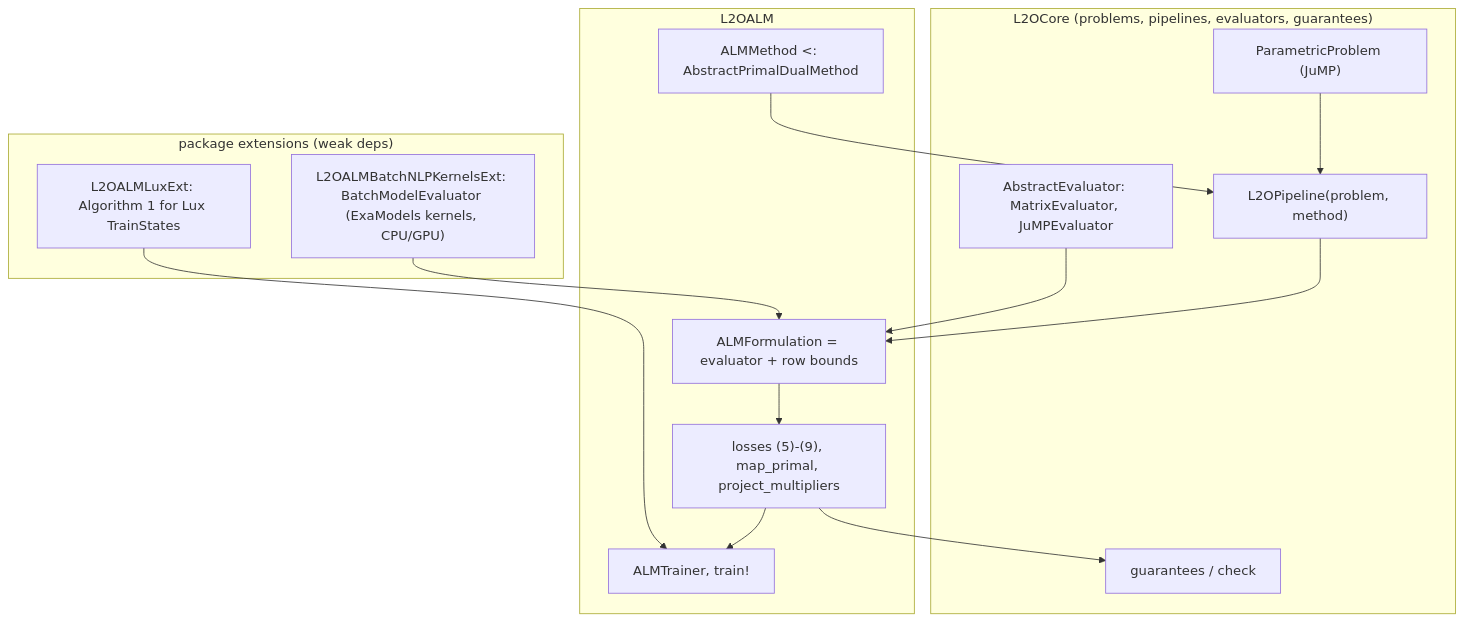
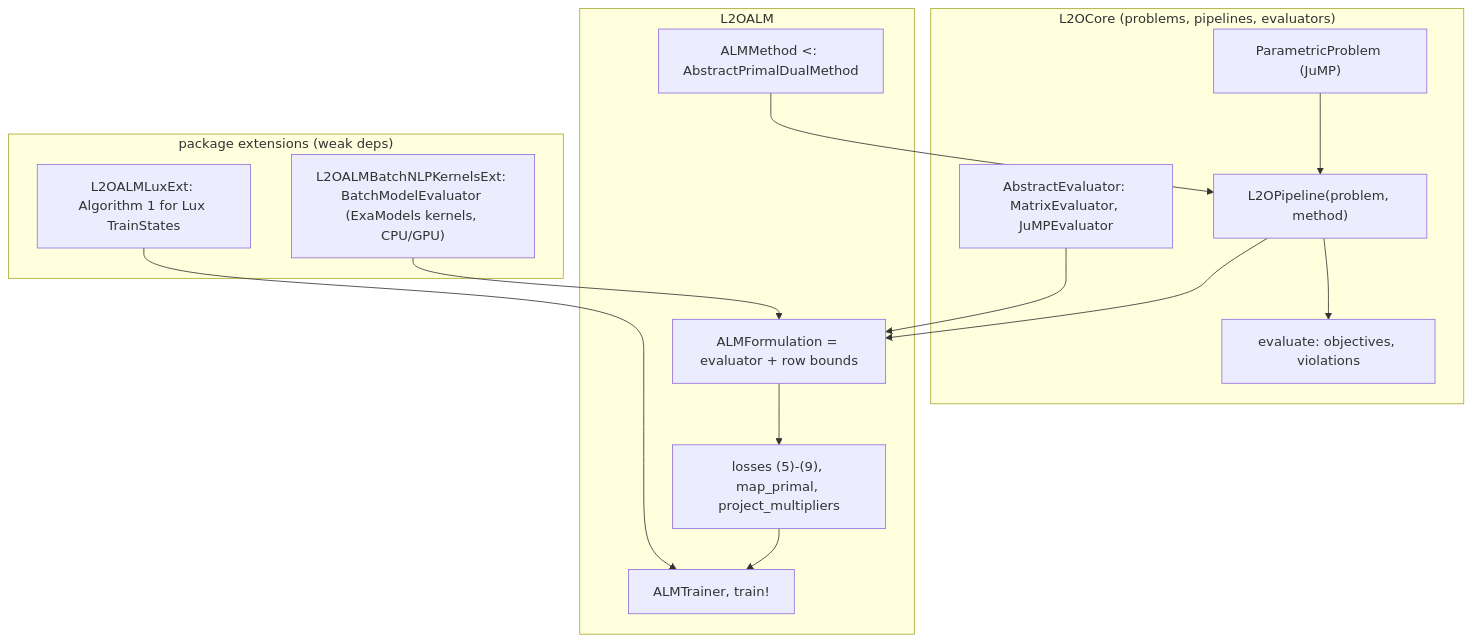
Before and after one commit to LearningToOptimize/L2OALM.jl: the diagram in docs/src/design.md, drawn with Mermaid. The commit also changed other lines of this file and 7 other files, not shown here.

````diff
--- a/docs/src/design.md
+++ b/docs/src/design.md
@@ -9,28 +9,28 @@
 ```mermaid
 flowchart TB
-    subgraph core["L2OCore (problems, pipelines, evaluators, guarantees)"]
+    subgraph core["L2OCore (problems, pipelines, evaluators)"]
         PP["ParametricProblem (JuMP)"]
         EV["AbstractEvaluator: MatrixEvaluator, JuMPEvaluator"]
         PL["L2OPipeline(problem, method)"]
-        G["guarantees / check"]
+        EVAL["evaluate: objectives, violations"]
     end
     subgraph alm["L2OALM"]
         M["ALMMethod <: AbstractPrimalDualMethod"]
         F["ALMFormulation = evaluator + row bounds"]
         L["losses (5)-(9), map_primal, project_multipliers"]
         T["ALMTrainer, train!"]
     end
     subgraph ext["package extensions (weak deps)"]
         LUX["L2OALMLuxExt: Algorithm 1 for Lux TrainStates"]
         BNK["L2OALMBatchNLPKernelsExt: BatchModelEvaluator (ExaModels kernels, CPU/GPU)"]
     end
     PP --> PL
     M --> PL
     PL --> F
     EV --> F
     BNK --> F
     F --> L
     L --> T
     LUX --> T
-    L --> G
+    PL --> EVAL
 ```
````
